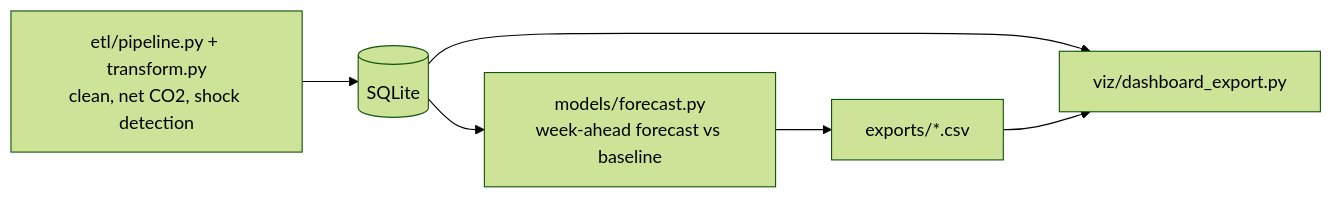
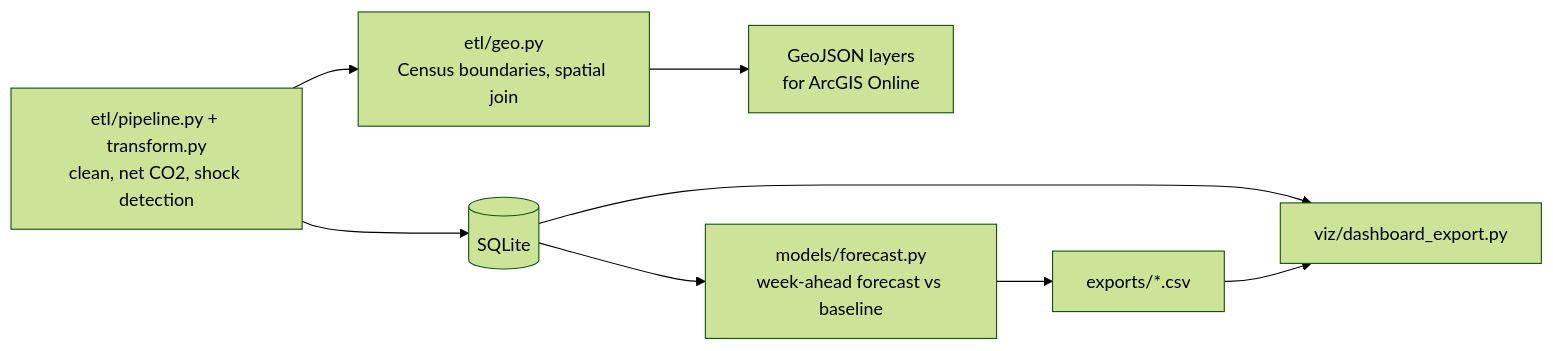
Before and after one commit to Deshraj-Jogiya/Multi-State-Land-Use-Emissions-Analysis: the diagram in README.md, drawn with Mermaid (forest theme). The commit also changed other lines of this file and 6 other files, not shown here.

First line of the commit message:
Add a geospatial layer on Census state boundaries

````diff
--- a/README.md
+++ b/README.md
@@ -25,8 +31,9 @@
 ```mermaid
 flowchart LR
     E[etl/pipeline.py + transform.py<br/>clean, net CO2, shock detection] --> DB[(SQLite)]
+    E --> G[etl/geo.py<br/>Census boundaries, spatial join] --> GJ[GeoJSON layers<br/>for ArcGIS Online]
     DB --> F[models/forecast.py<br/>week-ahead forecast vs baseline]
     F --> X[exports/*.csv]
     DB --> V[viz/dashboard_export.py]
     X --> V
 ```
````
